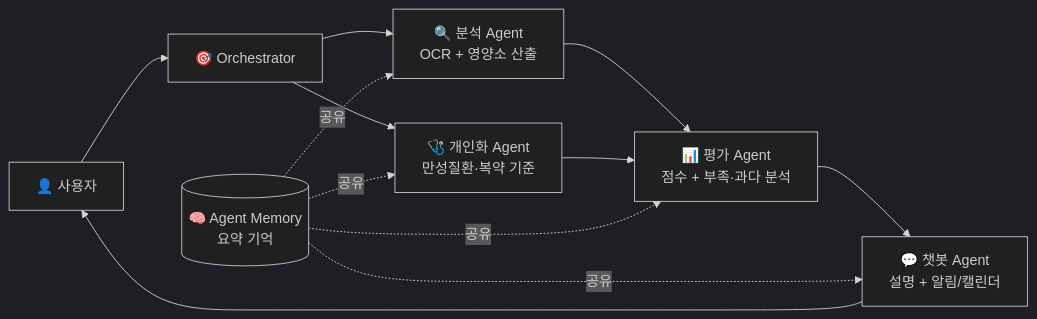
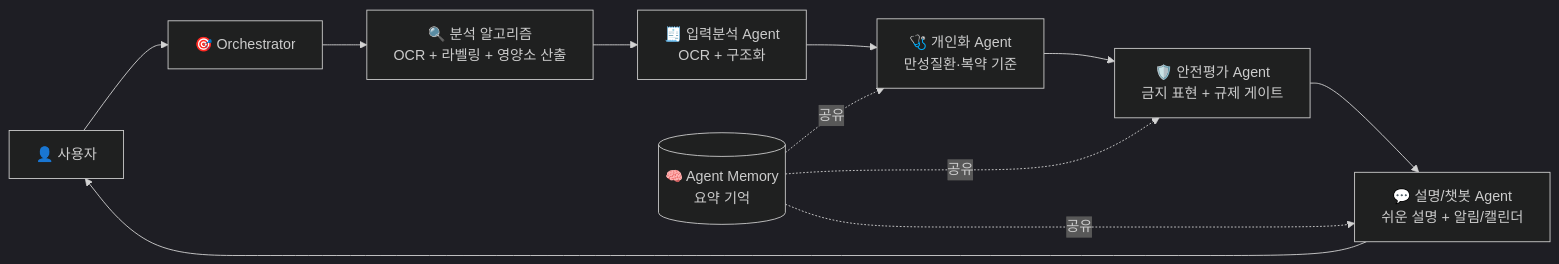
One commit to Lemon-Aid-KDT/Lemon-sin changed the first of 12 diagrams in 03_lemon_healthcare/PROJECT_GUIDE.md. Above: the diagram before and after it, drawn with Mermaid (dark theme). The commit also changed other lines of this file and 161 other files, not shown here.

````diff
--- a/03_lemon_healthcare/PROJECT_GUIDE.md
+++ b/03_lemon_healthcare/PROJECT_GUIDE.md
@@ -181,14 +181,13 @@
 ```mermaid
 flowchart LR
     U[👤 사용자] --> O[🎯 Orchestrator]
-    O --> A1[🔍 분석 Agent<br/>OCR + 영양소 산출]
-    O --> A2[🩺 개인화 Agent<br/>만성질환·복약 기준]
-    A1 --> A3[📊 평가 Agent<br/>점수 + 부족·과다 분석]
-    A2 --> A3
-    A3 --> A4[💬 챗봇 Agent<br/>설명 + 알림/캘린더]
+    O --> P[🔍 분석 알고리즘<br/>OCR + 라벨링 + 영양소 산출]
+    P --> A1[🧾 입력분석 Agent<br/>OCR + 구조화]
+    A1 --> A2[🩺 개인화 Agent<br/>만성질환·복약 기준]
+    A2 --> A3[🛡️ 안전평가 Agent<br/>금지 표현 + 규제 게이트]
+    A3 --> A4[💬 설명/챗봇 Agent<br/>쉬운 설명 + 알림/캘린더]
     A4 --> U
-    M[(🧠 Agent Memory<br/>요약 기억)] -.공유.-> A1
-    M -.공유.-> A2
+    M[(🧠 Agent Memory<br/>요약 기억)] -.공유.-> A2
     M -.공유.-> A3
     M -.공유.-> A4
 ```
````
